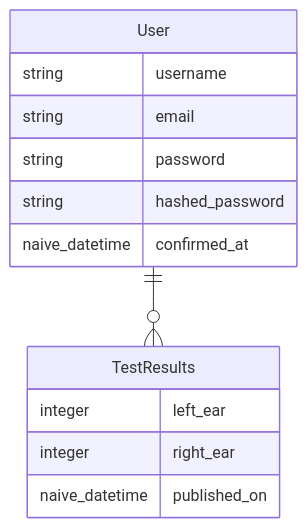
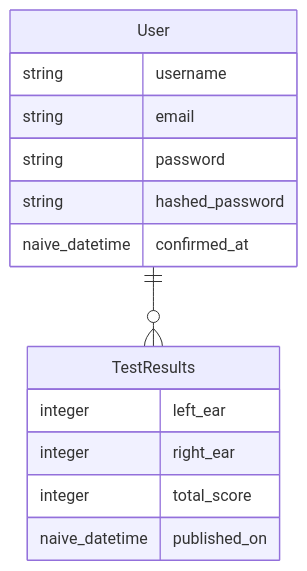
One commit to shwncndn/soundlift_audiometry changed the diagram in README.md. Above: the diagram before and after it, drawn with Mermaid.

````diff
--- a/README.md
+++ b/README.md
@@ -4,17 +4,18 @@
 ```mermaid
 erDiagram
 User {
   string username
   string email
   string password
   string hashed_password
   naive_datetime confirmed_at
 }
 TestResults {
     integer left_ear
     integer right_ear
+    integer total_score
     naive_datetime published_on  
 }
 
 User ||--O{ TestResults: ""
 ```
````
